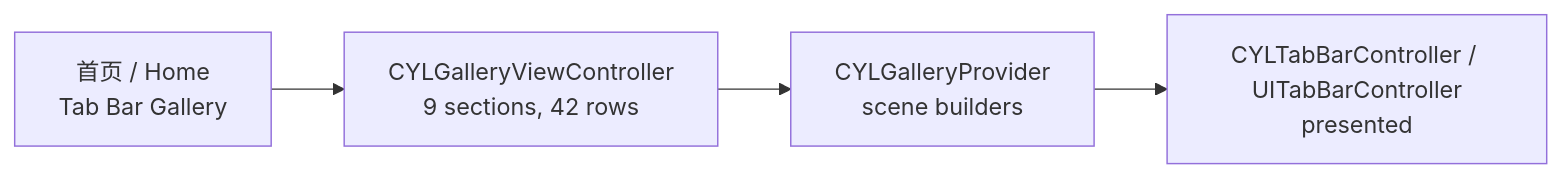
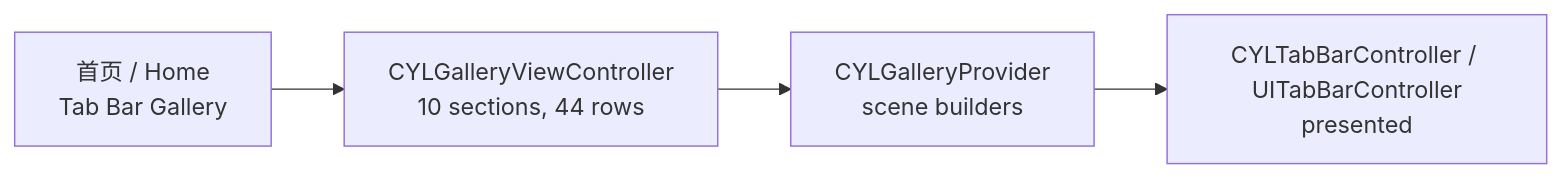
The diagram in docs/Tab-Bar-Gallery.md (ChenYilong/CYLTabBarController), drawn with Mermaid before and after one commit. The commit also changed other lines of this file and 3 other files, not shown here.

````diff
--- a/docs/Tab-Bar-Gallery.md
+++ b/docs/Tab-Bar-Gallery.md
@@ -20,6 +20,6 @@
 ```mermaid
 flowchart LR
-    H["首页 / Home<br/>Tab Bar Gallery"] --> G["CYLGalleryViewController<br/>9 sections, 42 rows"]
+    H["首页 / Home<br/>Tab Bar Gallery"] --> G["CYLGalleryViewController<br/>10 sections, 44 rows"]
     G --> P["CYLGalleryProvider<br/>scene builders"]
     P --> T["CYLTabBarController / UITabBarController<br/>presented"]
 ```
````
